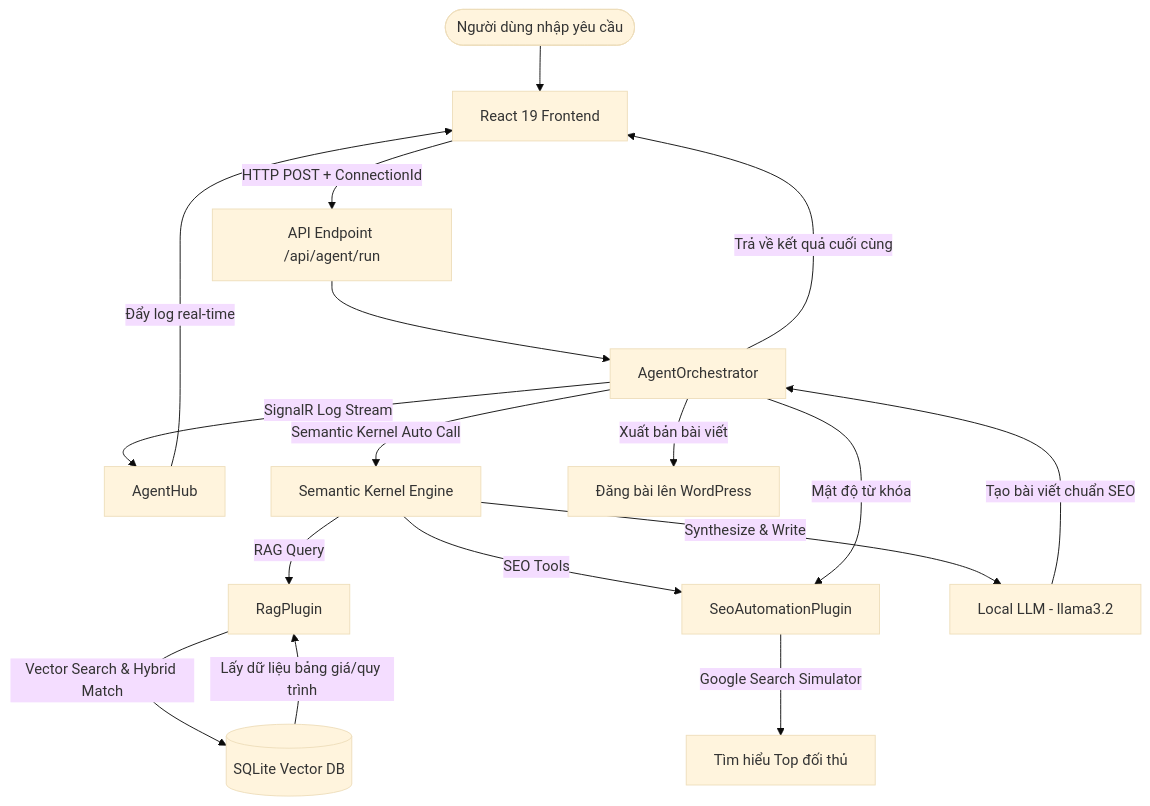
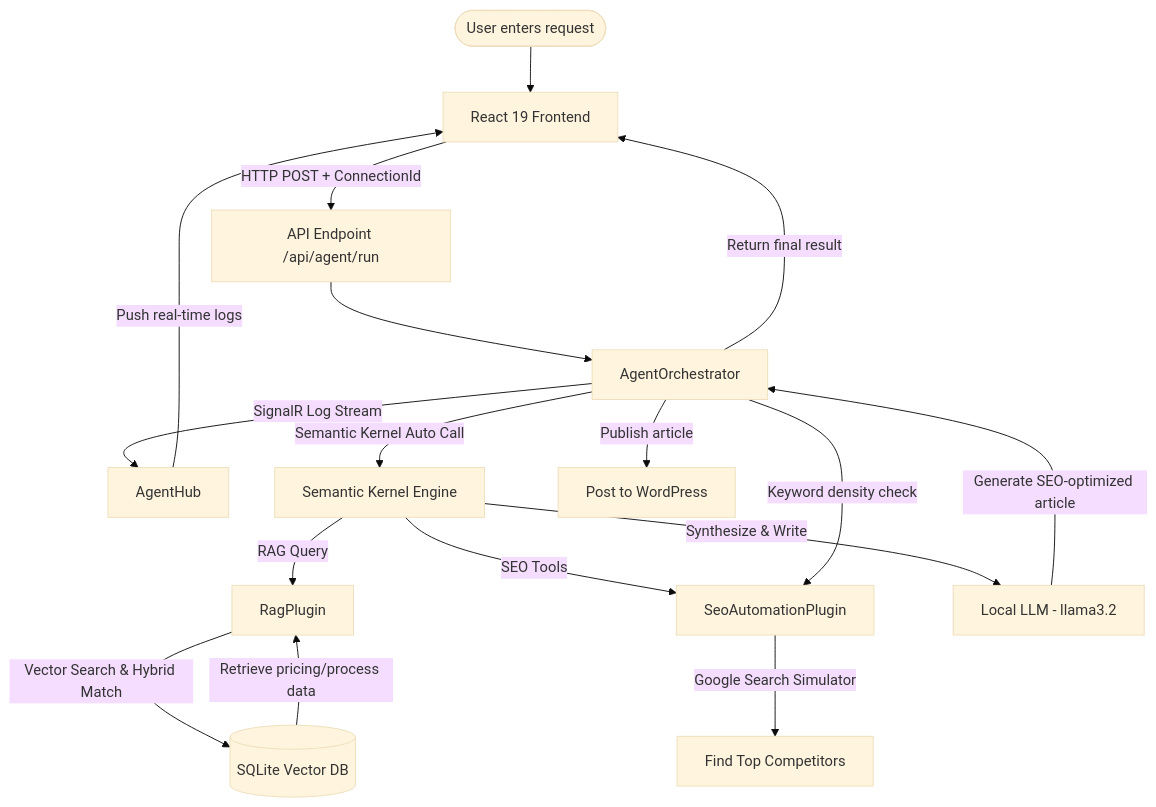
Before and after one commit to RLnofell/seo-ai-platform: the diagram in README.md, drawn with Mermaid (base theme). The commit also changed other lines of this file and 19 other files, not shown here.

Commit message:
feat: upgrade system to support multilingual orchestrator, case-insensitive SEO analysis, and localized UI

````diff
--- a/README.md
+++ b/README.md
@@ -30,24 +30,24 @@
 ```mermaid
 graph TD
-    User([Người dùng nhập yêu cầu]) --> App[React 19 Frontend]
+    User([User enters request]) --> App[React 19 Frontend]
     App -->|HTTP POST + ConnectionId| API[API Endpoint /api/agent/run]
     API --> Orchestrator[AgentOrchestrator]
     Orchestrator -->|SignalR Log Stream| Hub[AgentHub]
-    Hub -->|Đẩy log real-time| App
+    Hub -->|Push real-time logs| App
     
     Orchestrator -->|Semantic Kernel Auto Call| Kernel[Semantic Kernel Engine]
     Kernel -->|RAG Query| RagPlugin[RagPlugin]
     RagPlugin -->|Vector Search & Hybrid Match| SQLite[(SQLite Vector DB)]
-    SQLite -->|Lấy dữ liệu bảng giá/quy trình| RagPlugin
+    SQLite -->|Retrieve pricing/process data| RagPlugin
     
     Kernel -->|SEO Tools| SeoPlugin[SeoAutomationPlugin]
-    SeoPlugin -->|Google Search Simulator| Competitors[Tìm hiểu Top đối thủ]
+    SeoPlugin -->|Google Search Simulator| Competitors[Find Top Competitors]
     
     Kernel -->|Synthesize & Write| LLM[Local LLM - llama3.2]
-    LLM -->|Tạo bài viết chuẩn SEO| Orchestrator
+    LLM -->|Generate SEO-optimized article| Orchestrator
     
-    Orchestrator -->|Mật độ từ khóa| SeoPlugin
-    Orchestrator -->|Xuất bản bài viết| WP[Đăng bài lên WordPress]
+    Orchestrator -->|Keyword density check| SeoPlugin
+    Orchestrator -->|Publish article| WP[Post to WordPress]
     
-    Orchestrator -->|Trả về kết quả cuối cùng| App
+    Orchestrator -->|Return final result| App
 ```
````
